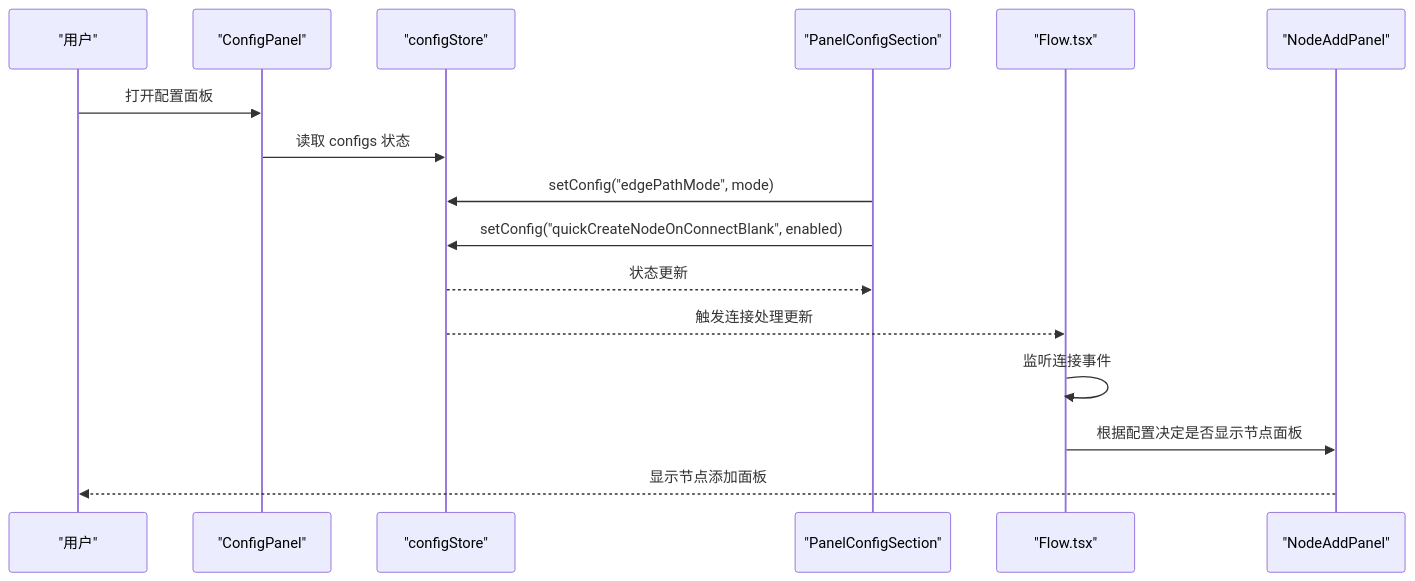
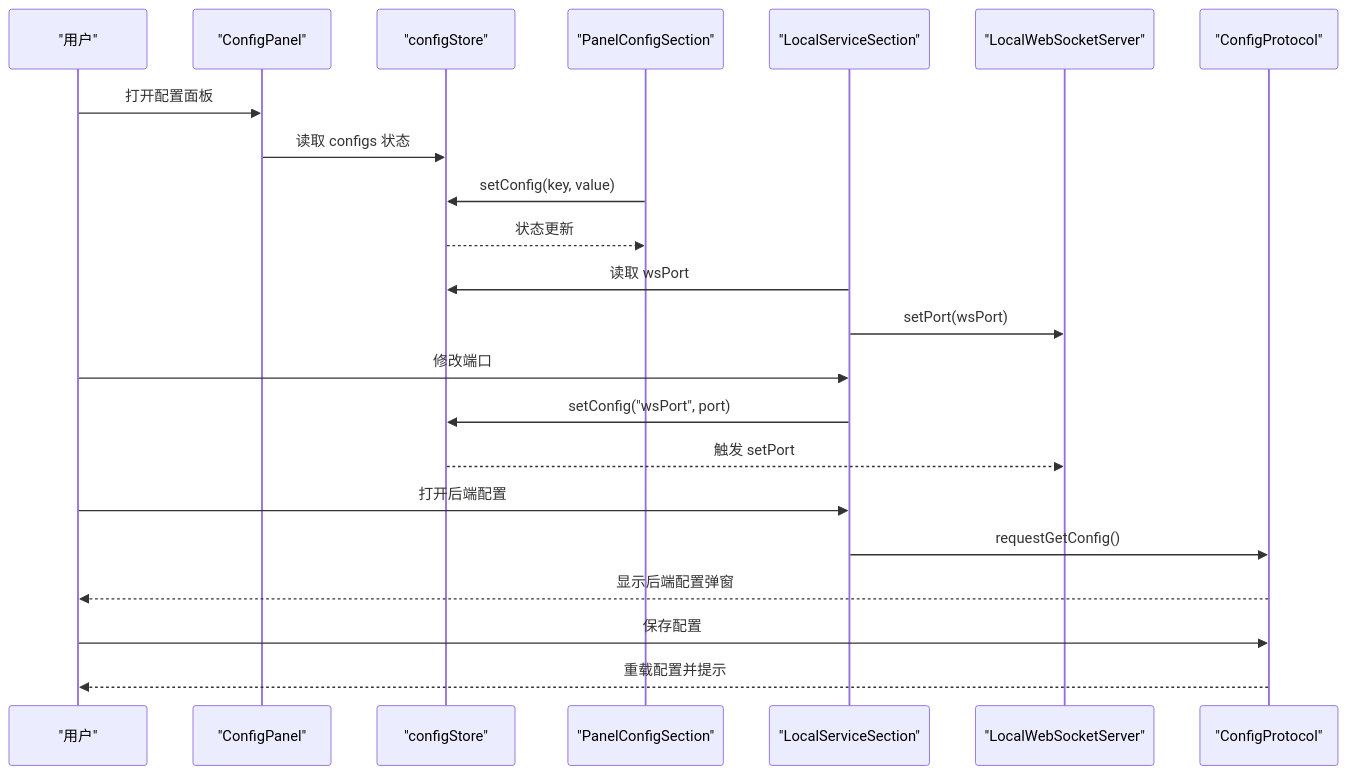
The second of 4 diagrams in .qoder/repowiki/zh/content/用户界面/面板系统/配置面板/配置面板.md (kqcoxn/MaaPipelineEditor), drawn with Mermaid before and after one commit. The commit also changed other lines of this file and 50 other files, not shown here.

````diff
--- a/.qoder/repowiki/zh/content/用户界面/面板系统/配置面板/配置面板.md
+++ b/.qoder/repowiki/zh/content/用户界面/面板系统/配置面板/配置面板.md
@@ -145,18 +111,24 @@
 ```mermaid
 sequenceDiagram
 participant U as "用户"
 participant CP as "ConfigPanel"
 participant CS as "configStore"
 participant PC as "PanelConfigSection"
-participant FLOW as "Flow.tsx"
-participant NAP as "NodeAddPanel"
+participant LS as "LocalServiceSection"
+participant WS as "LocalWebSocketServer"
+participant CFG as "ConfigProtocol"
 U->>CP : 打开配置面板
 CP->>CS : 读取 configs 状态
-PC->>CS : setConfig("edgePathMode", mode)
-PC->>CS : setConfig("quickCreateNodeOnConnectBlank", enabled)
+PC->>CS : setConfig(key, value)
 CS-->>PC : 状态更新
-CS-->>FLOW : 触发连接处理更新
-FLOW->>FLOW : 监听连接事件
-FLOW->>NAP : 根据配置决定是否显示节点面板
-NAP-->>U : 显示节点添加面板
+LS->>CS : 读取 wsPort
+LS->>WS : setPort(wsPort)
+U->>LS : 修改端口
+LS->>CS : setConfig("wsPort", port)
+CS-->>WS : 触发 setPort
+U->>LS : 打开后端配置
+LS->>CFG : requestGetConfig()
+CFG-->>U : 显示后端配置弹窗
+U->>CFG : 保存配置
+CFG-->>U : 重载配置并提示
 ```
````
